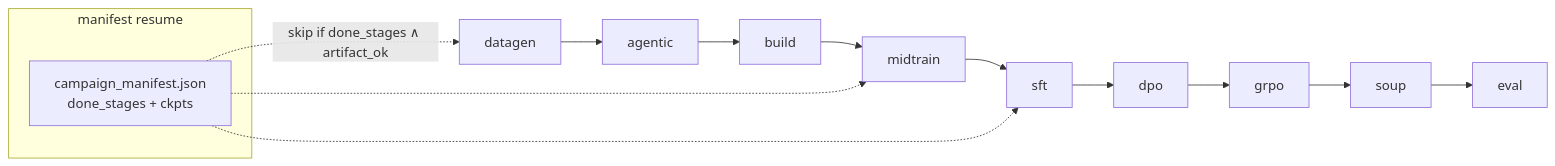
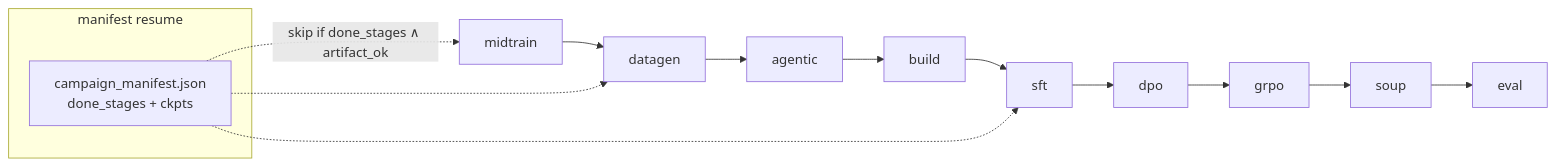
The first of 2 diagrams in scripts/README.md (amd-shasriva/KORE), drawn with Mermaid before and after one commit. The commit also changed other lines of this file and 58 other files, not shown here.

````diff
--- a/scripts/README.md
+++ b/scripts/README.md
@@ -29,10 +35,10 @@
 ```mermaid
 flowchart LR
   subgraph resume[manifest resume]
     M["campaign_manifest.json<br/>done_stages + ckpts"]
   end
-  DG[datagen] --> AG[agentic] --> BU[build] --> MT[midtrain] --> SFT[sft] --> DPO[dpo] --> GRPO[grpo] --> SP[soup] --> EV[eval]
-  M -.->|skip if done_stages ∧ artifact_ok| DG
-  M -.-> MT
+  MT[midtrain] --> DG[datagen] --> AG[agentic] --> BU[build] --> SFT[sft] --> DPO[dpo] --> GRPO[grpo] --> SP[soup] --> EV[eval]
+  M -.->|skip if done_stages ∧ artifact_ok| MT
+  M -.-> DG
   M -.-> SFT
 ```
````
